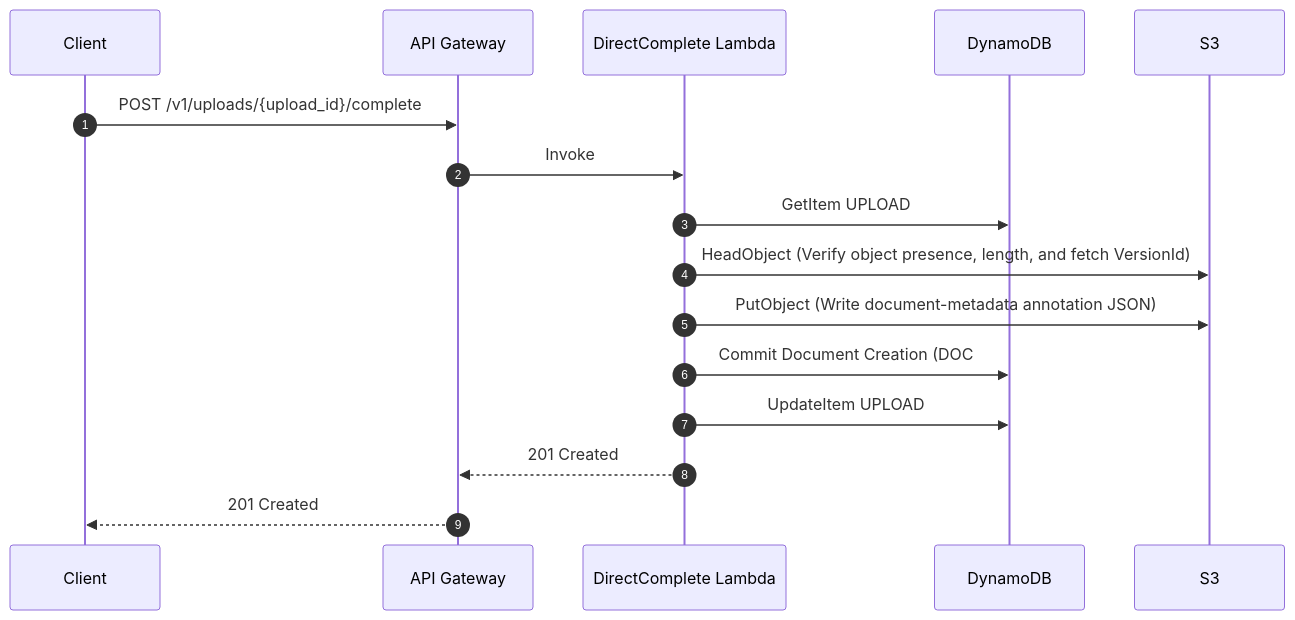
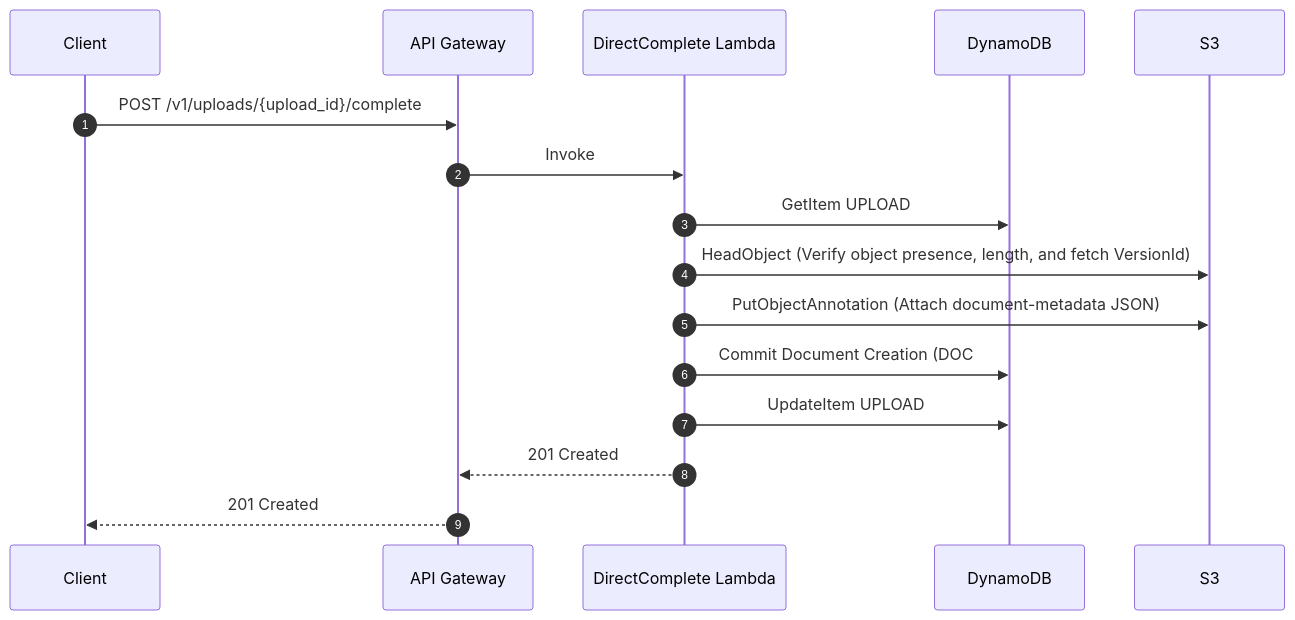
One commit to peydan/aws-doc-management-system changed the fourth of 17 diagrams in SOLUTION_ARCHITECTURE_SPECIFICATION.md. Above: the diagram before and after it, drawn with Mermaid. The commit also changed other lines of this file and 44 other files, not shown here.

Commit message:
feat: add frontend deployment configs, architecture diagrams, and backend updates

````diff
--- a/SOLUTION_ARCHITECTURE_SPECIFICATION.md
+++ b/SOLUTION_ARCHITECTURE_SPECIFICATION.md
@@ -605,13 +606,13 @@
   ```mermaid
   sequenceDiagram
     autonumber
     Client->>API Gateway: POST /v1/uploads/{upload_id}/complete
     API Gateway->>DirectComplete Lambda: Invoke
     DirectComplete Lambda->>DynamoDB: GetItem UPLOAD#{upload_id} (Verify state == INITIATED)
     DirectComplete Lambda->>S3: HeadObject (Verify object presence, length, and fetch VersionId)
-    DirectComplete Lambda->>S3: PutObject (Write document-metadata annotation JSON)
+    DirectComplete Lambda->>S3: PutObjectAnnotation (Attach document-metadata JSON)
     DirectComplete Lambda->>DynamoDB: Commit Document Creation (DOC# pointer + VER#0000000001)
     DirectComplete Lambda->>DynamoDB: UpdateItem UPLOAD#{upload_id} (State -> ACTIVE)
     DirectComplete Lambda-->>API Gateway: 201 Created
     API Gateway-->>Client: 201 Created
   ```
````
